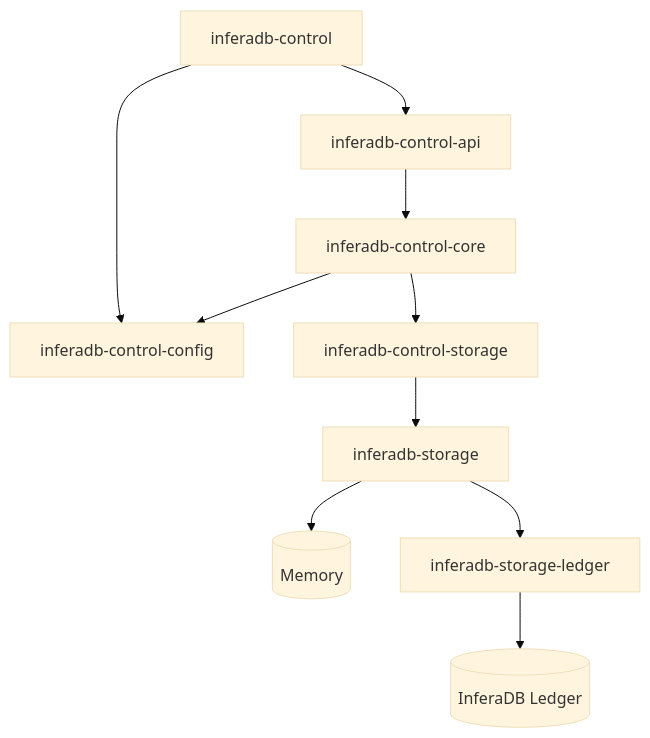
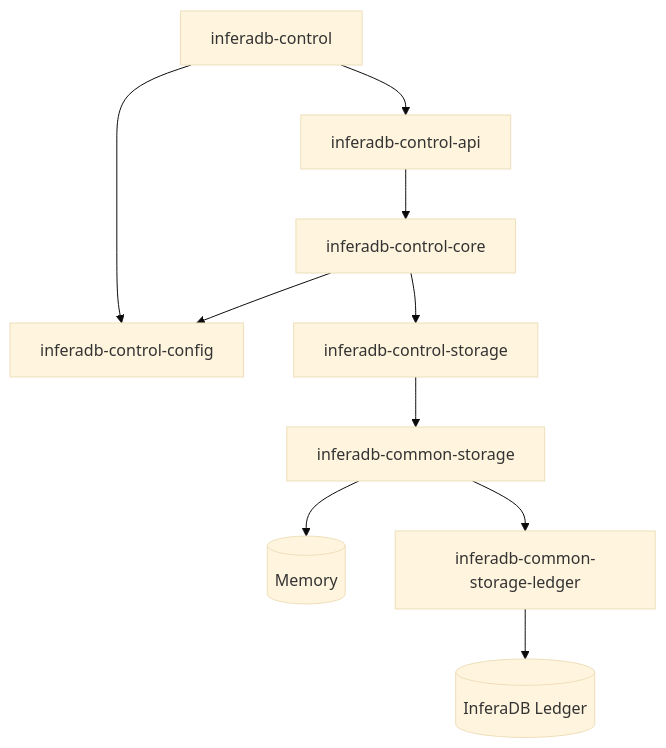
One commit to inferadb/control changed the diagram in README.md. Above: the diagram before and after it, drawn with Mermaid (base theme). The commit also changed 133 other files, not shown here.

````diff
--- a/README.md
+++ b/README.md
@@ -43,12 +43,12 @@
 ```mermaid
 graph TD
     Bin[inferadb-control] --> API[inferadb-control-api]
     Bin --> Config[inferadb-control-config]
     API --> Core[inferadb-control-core]
     Core --> Config
     Core --> Storage[inferadb-control-storage]
-    Storage --> SharedStorage[inferadb-storage]
+    Storage --> SharedStorage[inferadb-common-storage]
     SharedStorage --> Memory[(Memory)]
-    SharedStorage --> StorageLedger[inferadb-storage-ledger]
+    SharedStorage --> StorageLedger[inferadb-common-storage-ledger]
     StorageLedger --> Ledger[(InferaDB Ledger)]
 ```
````
